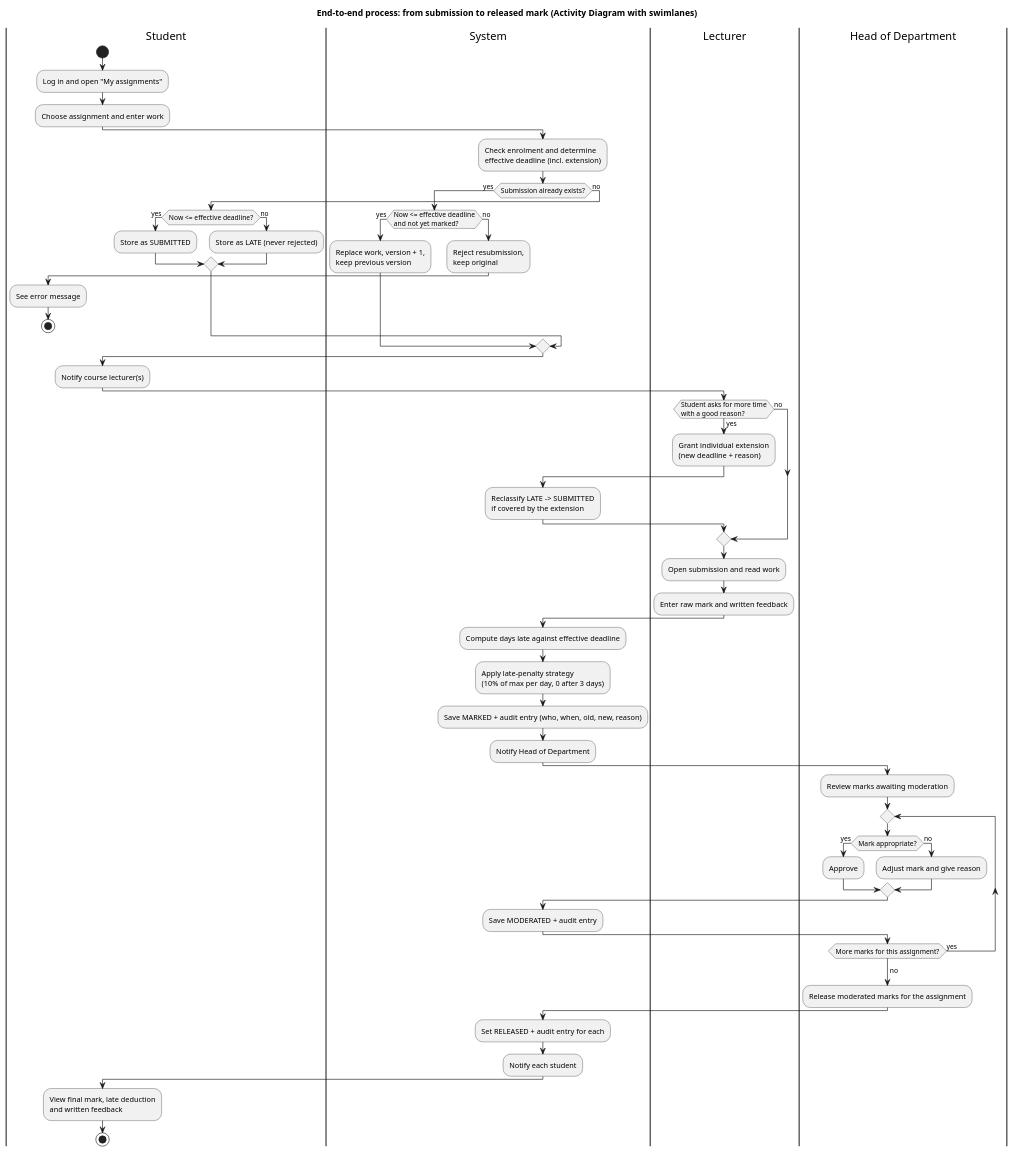
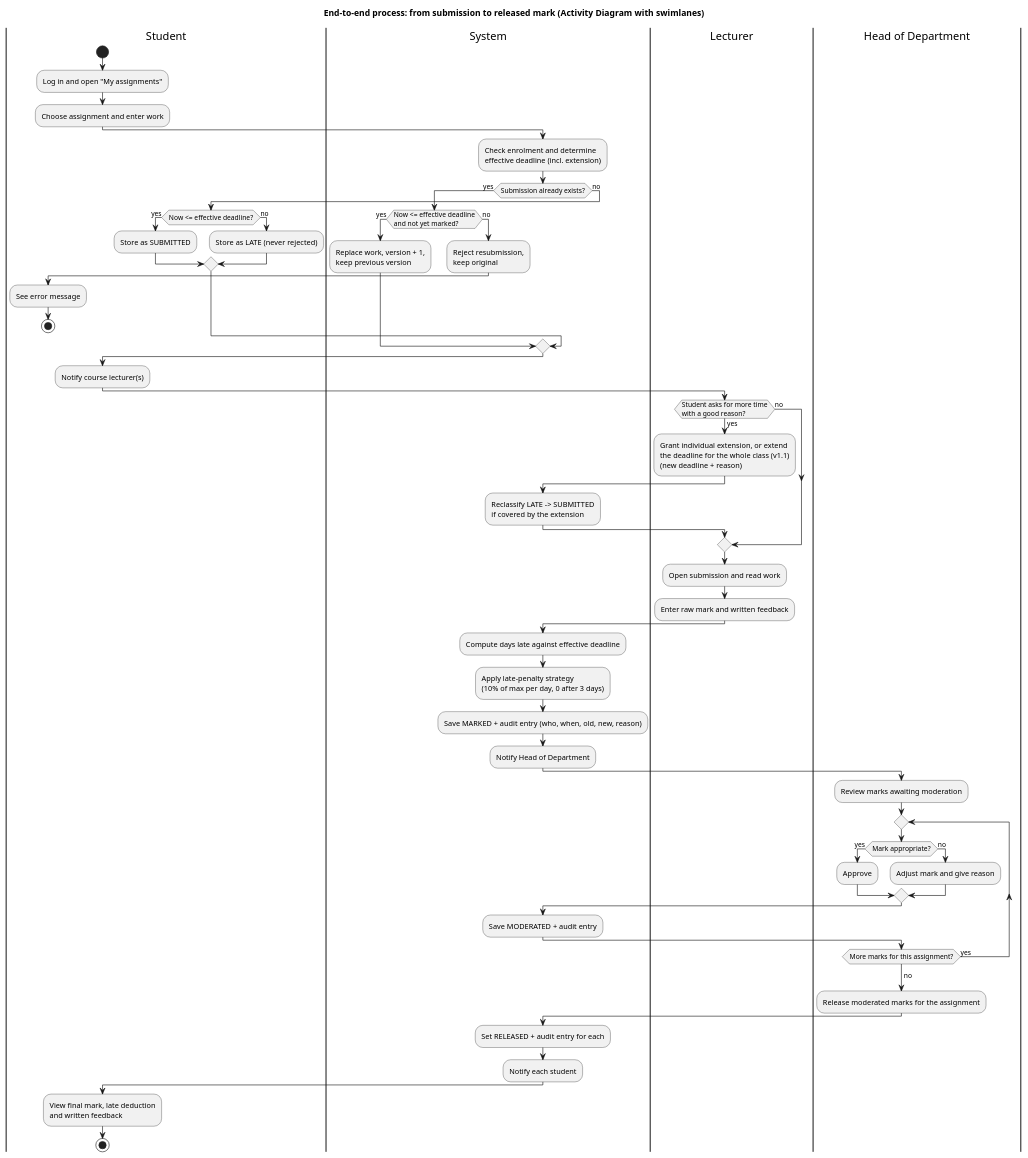
Before and after one commit to victormonyekem02-sudo/Edu-Management-System: the diagram in docs/diagrams/activity-submission-to-release.puml, drawn with PlantUML. The commit also changed 48 other files, not shown here.

```diff
--- a/docs/diagrams/activity-submission-to-release.puml
+++ b/docs/diagrams/activity-submission-to-release.puml
@@ -1,68 +1,70 @@
 @startuml activity-submission-to-release
 title End-to-end process: from submission to released mark (Activity Diagram with swimlanes)
 
 |Student|
 start
 :Log in and open "My assignments";
 :Choose assignment and enter work;
 |System|
 :Check enrolment and determine
 effective deadline (incl. extension);
 if (Submission already exists?) then (yes)
   if (Now <= effective deadline\nand not yet marked?) then (yes)
     :Replace work, version + 1,
     keep previous version;
   else (no)
     :Reject resubmission,
     keep original;
     |Student|
     :See error message;
     stop
   endif
 else (no)
   if (Now <= effective deadline?) then (yes)
     :Store as SUBMITTED;
   else (no)
     :Store as LATE (never rejected);
   endif
 endif
 :Notify course lecturer(s);
 |Lecturer|
 if (Student asks for more time\nwith a good reason?) then (yes)
-  :Grant individual extension\n(new deadline + reason);
+  :Grant individual extension, or extend
+  the deadline for the whole class (v1.1)
+  (new deadline + reason);
   |System|
   :Reclassify LATE -> SUBMITTED
   if covered by the extension;
   |Lecturer|
 else (no)
 endif
 :Open submission and read work;
 :Enter raw mark and written feedback;
 |System|
 :Compute days late against effective deadline;
 :Apply late-penalty strategy
 (10% of max per day, 0 after 3 days);
 :Save MARKED + audit entry (who, when, old, new, reason);
 :Notify Head of Department;
 |Head of Department|
 :Review marks awaiting moderation;
 repeat
   if (Mark appropriate?) then (yes)
     :Approve;
   else (no)
     :Adjust mark and give reason;
   endif
   |System|
   :Save MODERATED + audit entry;
   |Head of Department|
 repeat while (More marks for this assignment?) is (yes)
 ->no;
 :Release moderated marks for the assignment;
 |System|
 :Set RELEASED + audit entry for each;
 :Notify each student;
 |Student|
 :View final mark, late deduction
 and written feedback;
 stop
 @enduml
```
